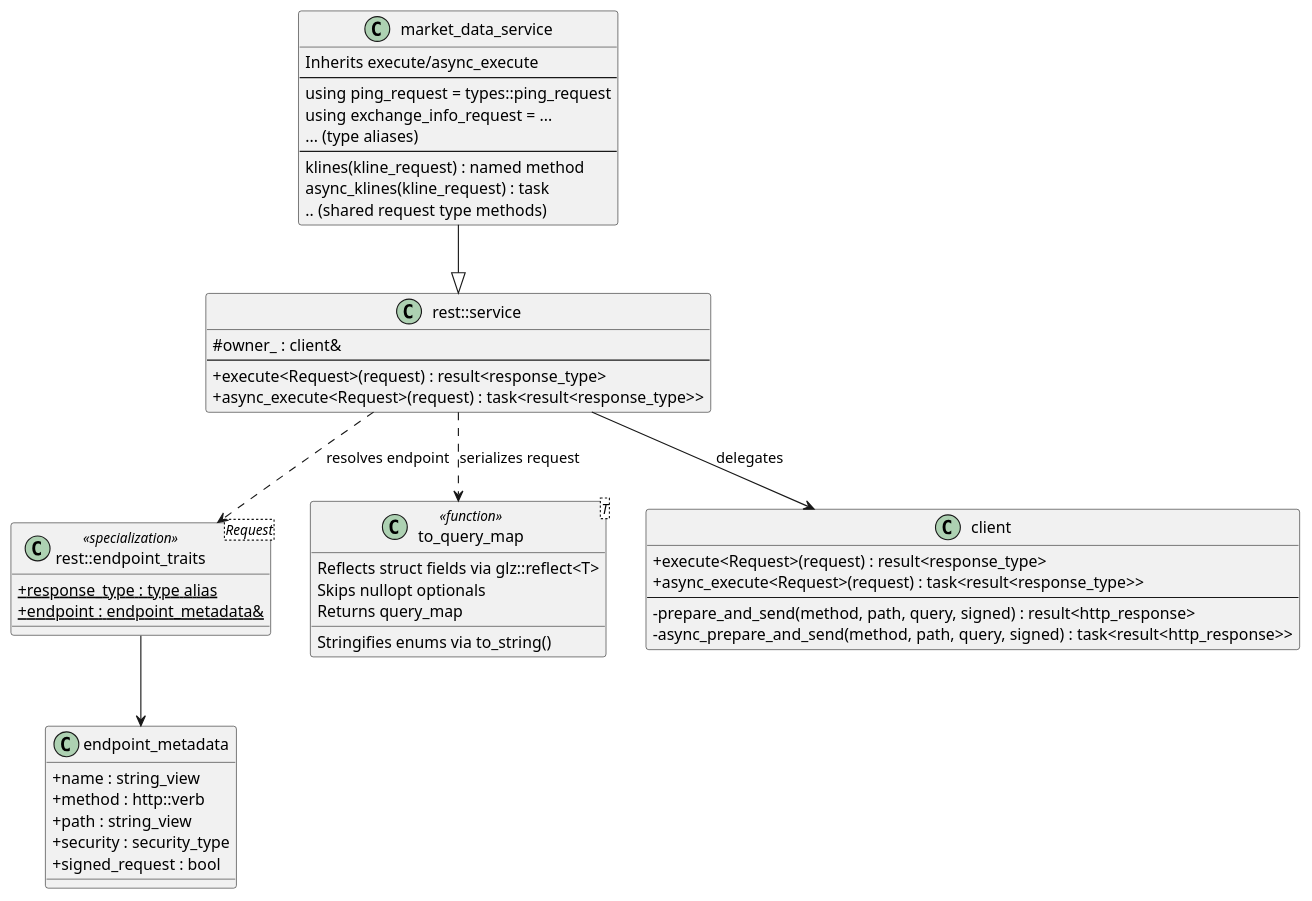
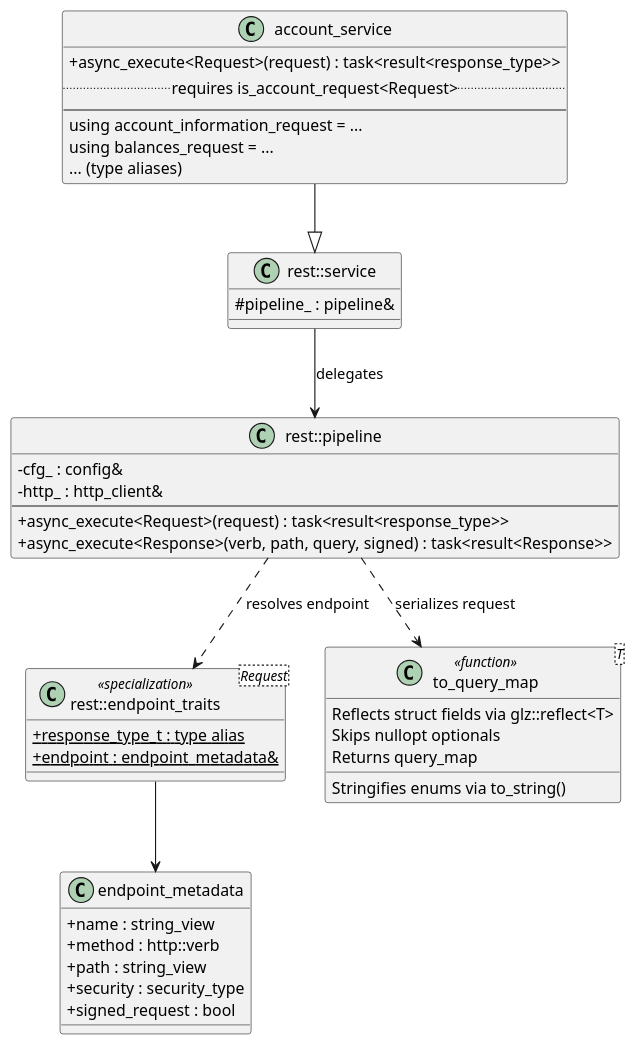
The third of 9 diagrams in docs/binapi2/DESIGN.md (agutikov/binapi), drawn with PlantUML before and after one commit. The commit also changed other lines of this file and 7 other files, not shown here.

````diff
--- a/docs/binapi2/DESIGN.md
+++ b/docs/binapi2/DESIGN.md
@@ -165,58 +201,52 @@
 ```plantuml
 @startuml
 skinparam classAttributeIconSize 0
 
-class "rest::service" as SVC {
-  #owner_ : client&
+class "rest::pipeline" as PIP {
+  -cfg_ : config&
+  -http_ : http_client&
   --
-  +execute<Request>(request) : result<response_type>
   +async_execute<Request>(request) : task<result<response_type>>
+  +async_execute<Response>(verb, path, query, signed) : task<result<Response>>
 }
 
 class "rest::endpoint_traits<Request>" as ET <<specialization>> {
-  +{static} response_type : type alias
+  +{static} response_type_t : type alias
   +{static} endpoint : endpoint_metadata&
 }
 
 class "endpoint_metadata" as EM {
   +name : string_view
   +method : http::verb
   +path : string_view
   +security : security_type
   +signed_request : bool
 }
 
 class "to_query_map<T>" as QM <<function>> {
   Reflects struct fields via glz::reflect<T>
   Skips nullopt optionals
   Stringifies enums via to_string()
   Returns query_map
 }
 
-class "market_data_service" as MDS {
-  Inherits execute/async_execute
+class "account_service" as ACS {
+  +async_execute<Request>(request) : task<result<response_type>>
+  .. requires is_account_request<Request> ..
   --
-  using ping_request = types::ping_request
-  using exchange_info_request = ...
+  using account_information_request = ...
+  using balances_request = ...
   ... (type aliases)
-  --
-  klines(kline_request) : named method
-  async_klines(kline_request) : task
-  .. (shared request type methods)
 }
 
-class "client" as CLI {
-  +execute<Request>(request) : result<response_type>
-  +async_execute<Request>(request) : task<result<response_type>>
-  --
-  -prepare_and_send(method, path, query, signed) : result<http_response>
-  -async_prepare_and_send(method, path, query, signed) : task<result<http_response>>
+class "rest::service" as SVC {
+  #pipeline_ : pipeline&
 }
 
-MDS --|> SVC
-SVC --> CLI : delegates
-SVC ..> ET : resolves endpoint
-SVC ..> QM : serializes request
+ACS --|> SVC
+SVC --> PIP : delegates
+PIP ..> ET : resolves endpoint
+PIP ..> QM : serializes request
 ET --> EM
 @enduml
 ```
````
